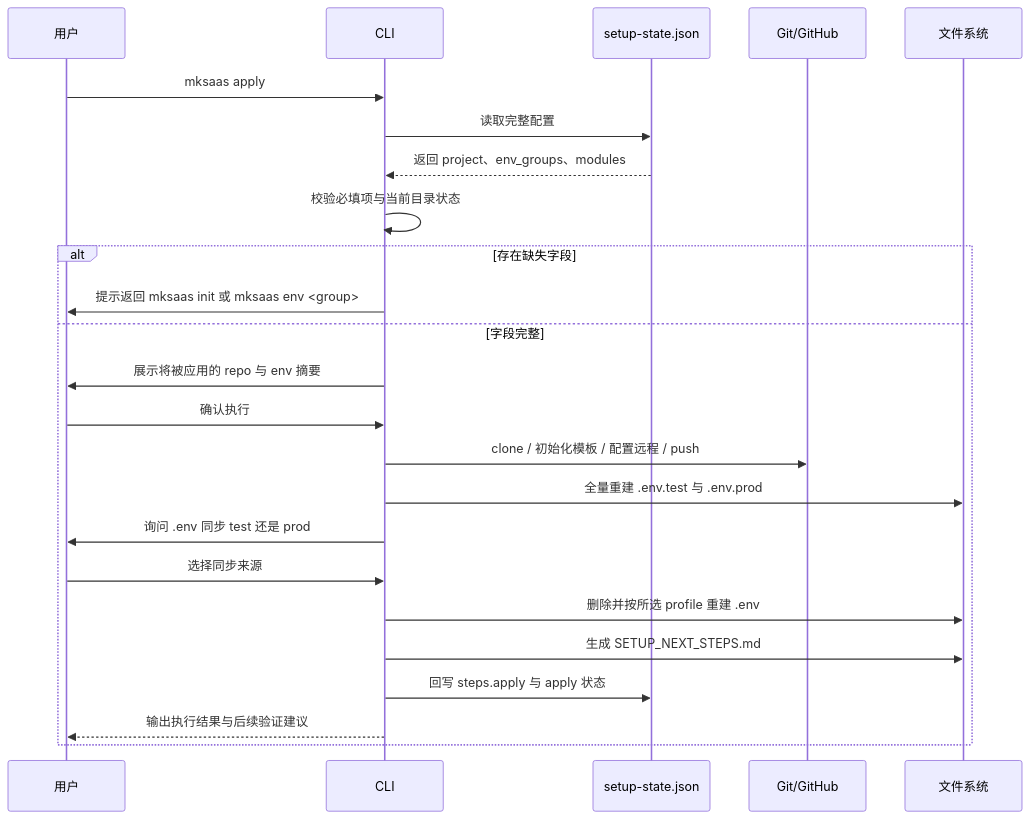
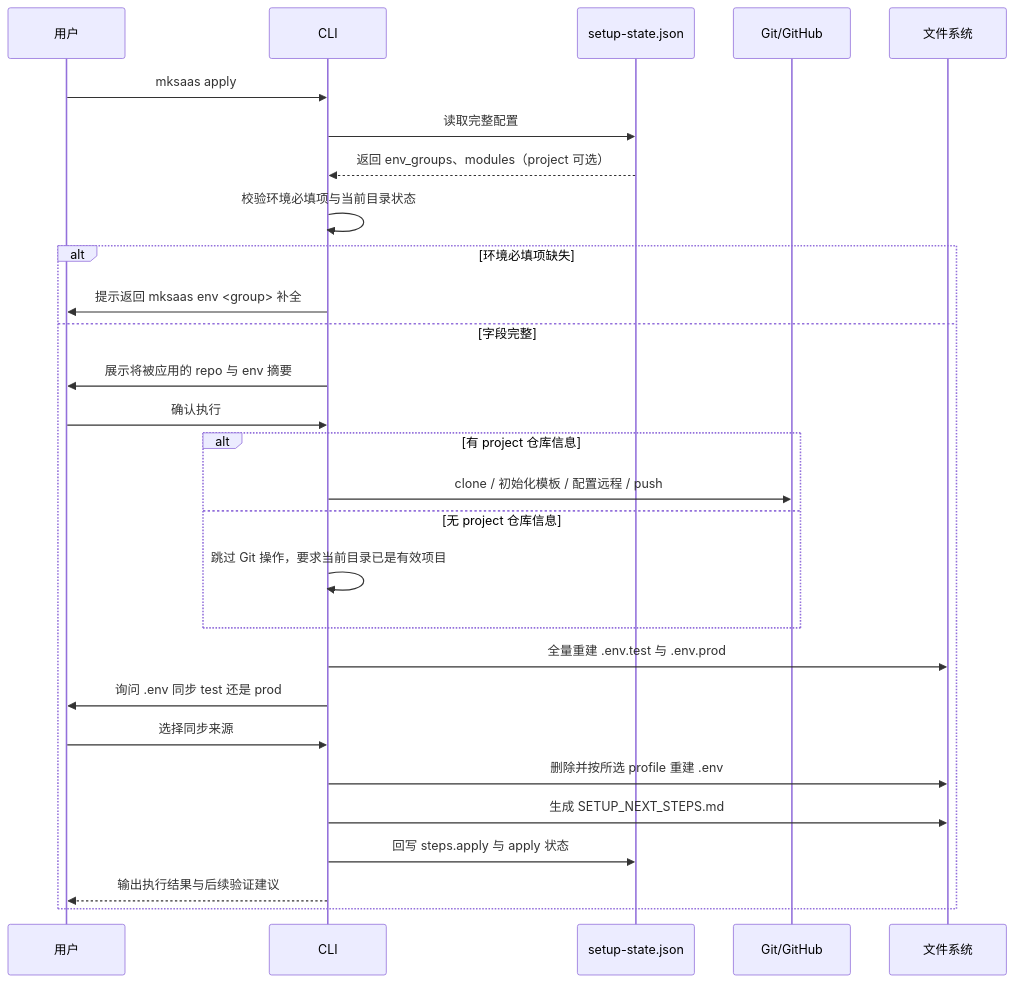
Before and after one commit to CaffeineOddity/mksaas_command: the second of 2 diagrams in docs/steps/02-apply.md, drawn with Mermaid. The commit also changed other lines of this file and 4 other files, not shown here.

First line of the commit message:
docs: init 改为编排器 + 新增 project 命令 + 逐步可省 project

````diff
--- a/docs/steps/02-apply.md
+++ b/docs/steps/02-apply.md
@@ -63,27 +68,31 @@
 ```mermaid
 sequenceDiagram
     participant U as 用户
     participant C as CLI
     participant J as setup-state.json
     participant G as Git/GitHub
     participant F as 文件系统
 
     U->>C: mksaas apply
     C->>J: 读取完整配置
-    J-->>C: 返回 project、env_groups、modules
-    C->>C: 校验必填项与当前目录状态
-    alt 存在缺失字段
-        C->>U: 提示返回 mksaas init 或 mksaas env <group>
+    J-->>C: 返回 env_groups、modules（project 可选）
+    C->>C: 校验环境必填项与当前目录状态
+    alt 环境必填项缺失
+        C->>U: 提示返回 mksaas env <group> 补全
     else 字段完整
         C->>U: 展示将被应用的 repo 与 env 摘要
         U->>C: 确认执行
-        C->>G: clone / 初始化模板 / 配置远程 / push
+        alt 有 project 仓库信息
+            C->>G: clone / 初始化模板 / 配置远程 / push
+        else 无 project 仓库信息
+            C->>C: 跳过 Git 操作，要求当前目录已是有效项目
+        end
         C->>F: 全量重建 .env.test 与 .env.prod
         C->>U: 询问 .env 同步 test 还是 prod
         U->>C: 选择同步来源
         C->>F: 删除并按所选 profile 重建 .env
         C->>F: 生成 SETUP_NEXT_STEPS.md
         C->>J: 回写 steps.apply 与 apply 状态
         C-->>U: 输出执行结果与后续验证建议
     end
 ```
````
